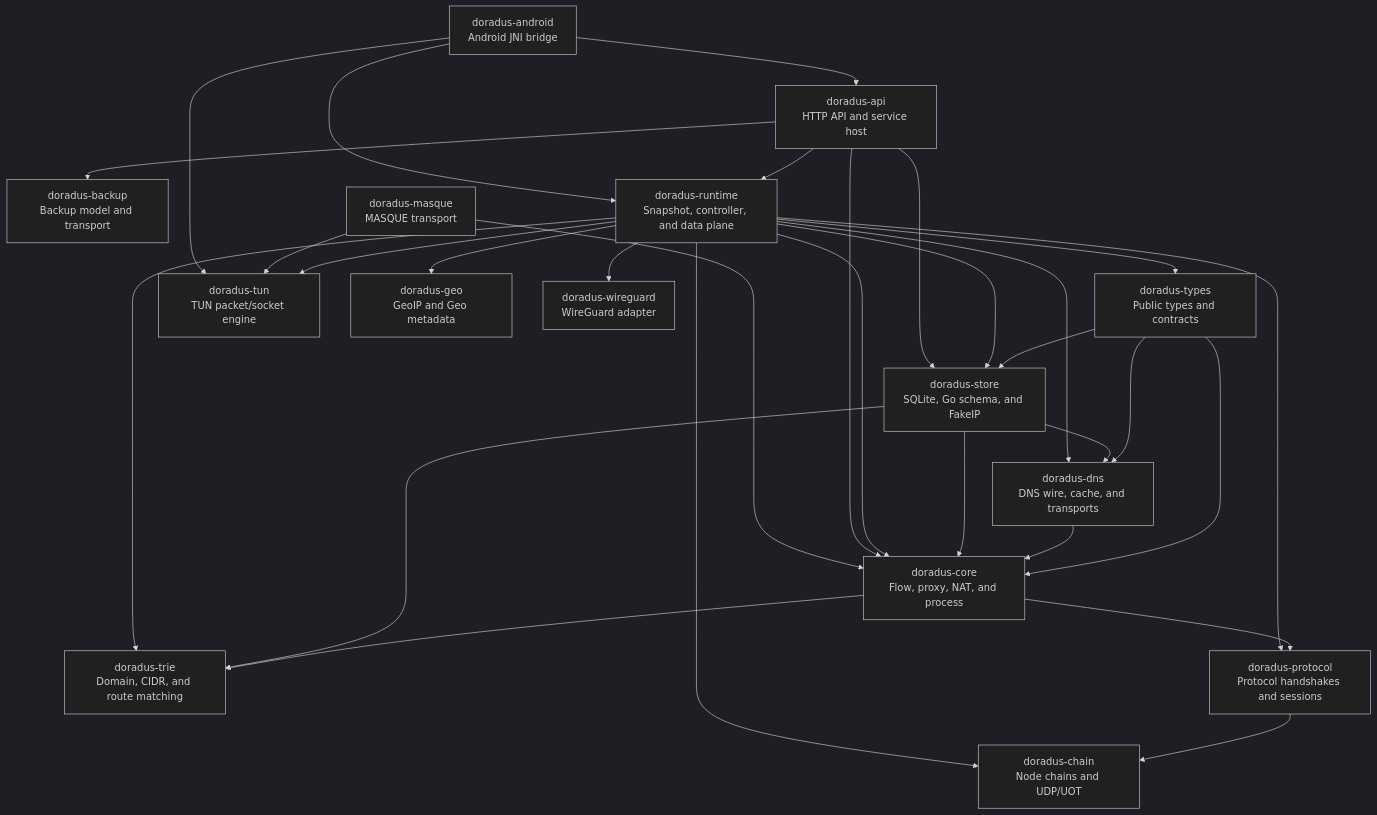
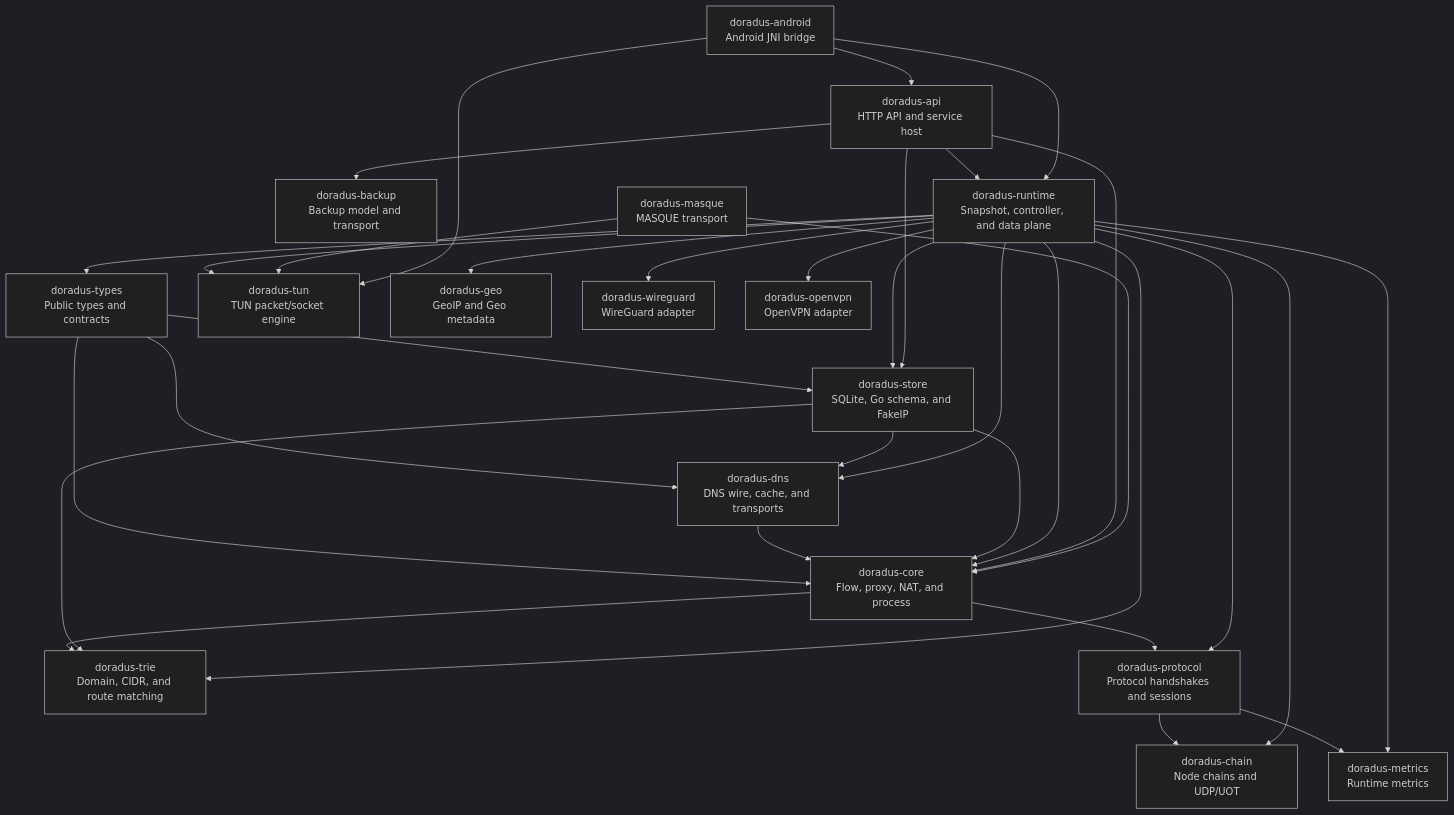
Before and after one commit to yuhaiin/doradus: the first of 11 diagrams in docs/ARCHITECTURE.md, drawn with Mermaid (dark theme). The commit also changed other lines of this file and 57 other files, not shown here.

```diff
--- a/docs/ARCHITECTURE.md
+++ b/docs/ARCHITECTURE.md
@@ -39,48 +39,53 @@
 ~~~mermaid
 graph TD
     TYPES[doradus-types<br/>Public types and contracts]
     DNS[doradus-dns<br/>DNS wire, cache, and transports]
     CORE[doradus-core<br/>Flow, proxy, NAT, and process]
     TRIE[doradus-trie<br/>Domain, CIDR, and route matching]
     PROTOCOL[doradus-protocol<br/>Protocol handshakes and sessions]
     CHAIN[doradus-chain<br/>Node chains and UDP/UOT]
     STORE[doradus-store<br/>SQLite, Go schema, and FakeIP]
     TUN[doradus-tun<br/>TUN packet/socket engine]
     GEO[doradus-geo<br/>GeoIP and Geo metadata]
+    METRICS[doradus-metrics<br/>Runtime metrics]
     WG[doradus-wireguard<br/>WireGuard adapter]
+    OPENVPN[doradus-openvpn<br/>OpenVPN adapter]
     BACKUP[doradus-backup<br/>Backup model and transport]
     MASQUE[doradus-masque<br/>MASQUE transport]
     ANDROID[doradus-android<br/>Android JNI bridge]
     RUNTIME[doradus-runtime<br/>Snapshot, controller, and data plane]
     API[doradus-api<br/>HTTP API and service host]
 
     TYPES --> DNS
     TYPES --> CORE
     TYPES --> STORE
     DNS --> CORE
     CORE --> TRIE
     CORE --> PROTOCOL
     PROTOCOL --> CHAIN
+    PROTOCOL --> METRICS
     STORE --> DNS
     STORE --> CORE
     STORE --> TRIE
     RUNTIME --> TYPES
     RUNTIME --> DNS
     RUNTIME --> CORE
     RUNTIME --> TRIE
     RUNTIME --> PROTOCOL
     RUNTIME --> CHAIN
     RUNTIME --> STORE
     RUNTIME --> TUN
     RUNTIME --> GEO
     RUNTIME --> WG
+    RUNTIME --> OPENVPN
+    RUNTIME --> METRICS
     API --> RUNTIME
     API --> STORE
     API --> CORE
     API --> BACKUP
     MASQUE --> CORE
     MASQUE --> TUN
     ANDROID --> API
     ANDROID --> RUNTIME
     ANDROID --> TUN
 ~~~
```
